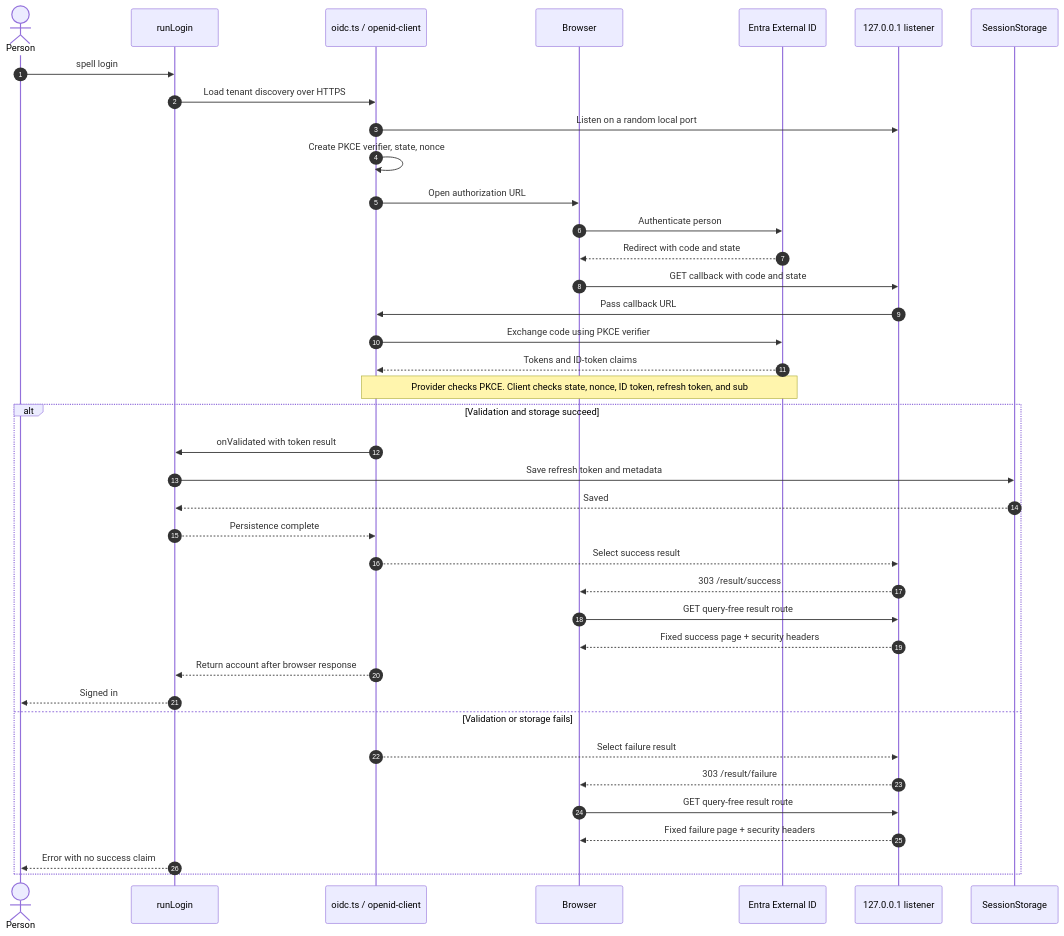
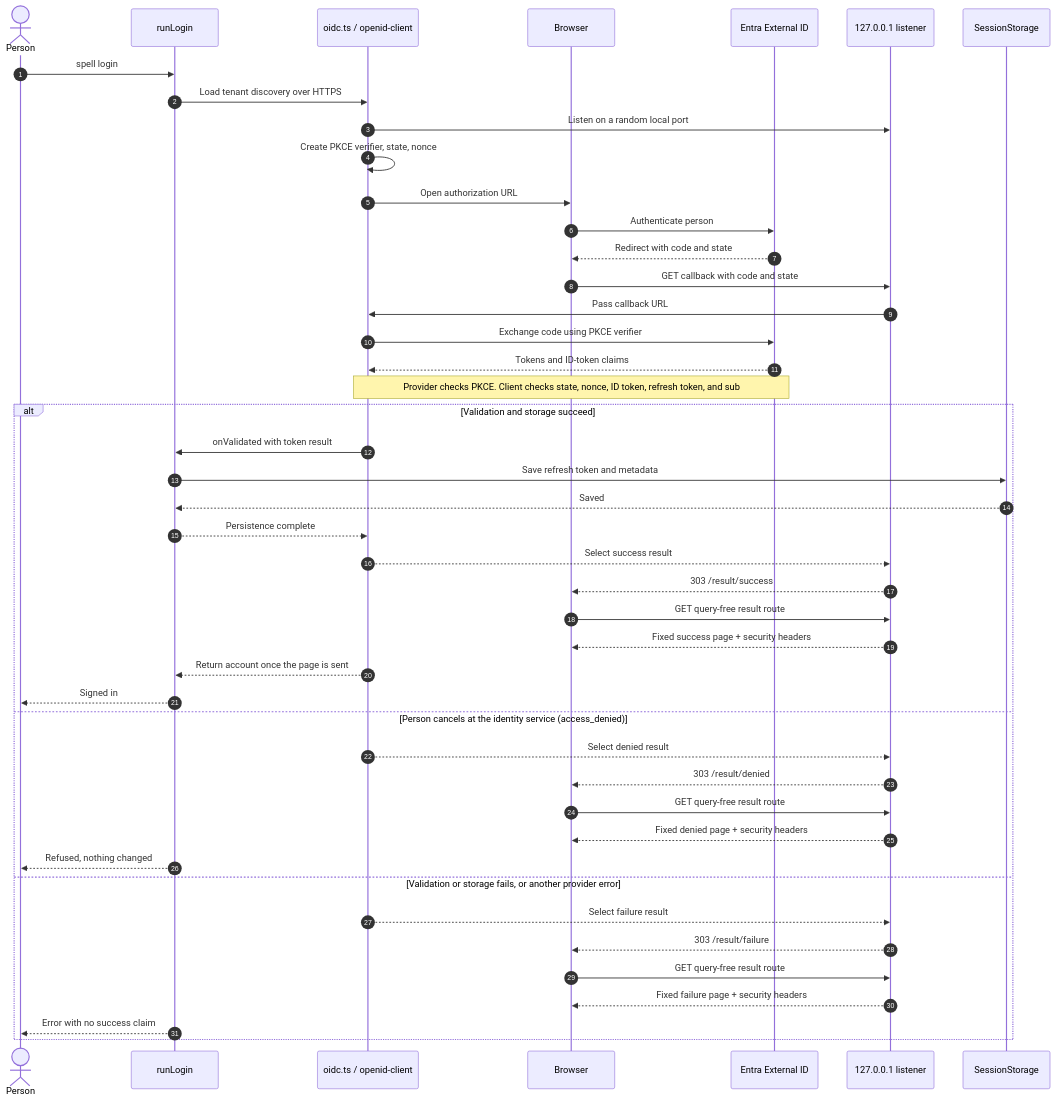
The second of 4 diagrams in features/spell-login/architecture.md (codemagicianhq/arcane), drawn with Mermaid before and after one commit. The commit also changed other lines of this file and 2 other files, not shown here.

Commit message:
docs(decisions): draft ARC-055 for the sign-in result pages
ARC-055 (proposed) records how the CLI ships arcane-ui's three sign-in
result pages: compiled output vendored with the Gate art and fonts
inlined, which departs from ARC-042 decision 6 for these pages; a
denied route for a cancelled sign-in; and a policy that allows only
each page's own stylesheet, by hash. The PRD gains R8a and AC8, and
the architecture note shows the denied branch and the new module.

Agent: claude
Model: Opus 5.5
Model-Source: self-reported
Provider: Anthropic
Task-Type: docs
Channel: chat

````diff
--- a/features/spell-login/architecture.md
+++ b/features/spell-login/architecture.md
@@ -43,41 +45,47 @@
 ```mermaid
 sequenceDiagram
     autonumber
     actor Person
     participant CLI as runLogin
     participant OIDC as oidc.ts / openid-client
     participant Browser
     participant IdP as Entra External ID
     participant Loopback as 127.0.0.1 listener
     participant Store as SessionStorage
     Person->>CLI: spell login
     CLI->>OIDC: Load tenant discovery over HTTPS
     OIDC->>Loopback: Listen on a random local port
     OIDC->>OIDC: Create PKCE verifier, state, nonce
     OIDC->>Browser: Open authorization URL
     Browser->>IdP: Authenticate person
     IdP-->>Browser: Redirect with code and state
     Browser->>Loopback: GET callback with code and state
     Loopback->>OIDC: Pass callback URL
     OIDC->>IdP: Exchange code using PKCE verifier
     IdP-->>OIDC: Tokens and ID-token claims
     Note over OIDC,IdP: Provider checks PKCE. Client checks state, nonce, ID token, refresh token, and sub
     alt Validation and storage succeed
         OIDC->>CLI: onValidated with token result
         CLI->>Store: Save refresh token and metadata
         Store-->>CLI: Saved
         CLI-->>OIDC: Persistence complete
         OIDC-->>Loopback: Select success result
         Loopback-->>Browser: 303 /result/success
         Browser->>Loopback: GET query-free result route
         Loopback-->>Browser: Fixed success page + security headers
-        OIDC-->>CLI: Return account after browser response
+        OIDC-->>CLI: Return account once the page is sent
         CLI-->>Person: Signed in
-    else Validation or storage fails
+    else Person cancels at the identity service (access_denied)
+        OIDC-->>Loopback: Select denied result
+        Loopback-->>Browser: 303 /result/denied
+        Browser->>Loopback: GET query-free result route
+        Loopback-->>Browser: Fixed denied page + security headers
+        CLI-->>Person: Refused, nothing changed
+    else Validation or storage fails, or another provider error
         OIDC-->>Loopback: Select failure result
         Loopback-->>Browser: 303 /result/failure
         Browser->>Loopback: GET query-free result route
         Loopback-->>Browser: Fixed failure page + security headers
         CLI-->>Person: Error with no success claim
     end
 ```
````
